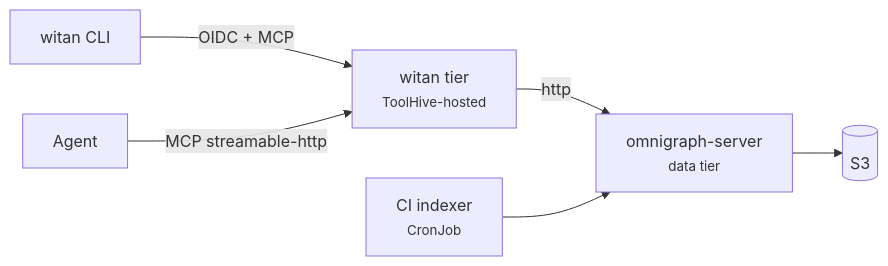
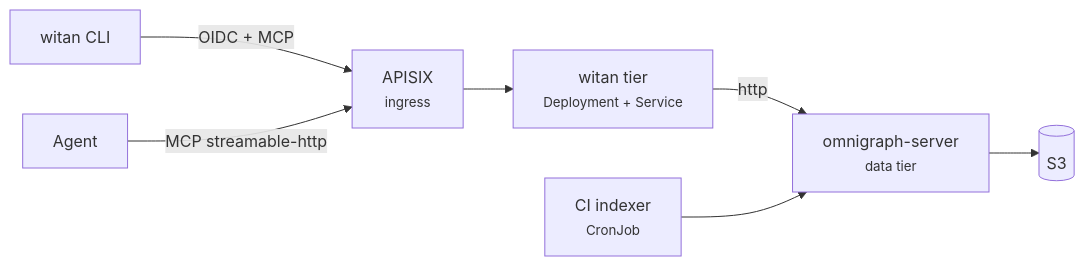
Before and after one commit to mitodl/agent-kit: the third of 3 diagrams in docs/explanation/architecture.md, drawn with Mermaid. The commit also changed 4 other files, not shown here.

````diff
--- a/docs/explanation/architecture.md
+++ b/docs/explanation/architecture.md
@@ -64,8 +64,9 @@
     ```mermaid
     flowchart LR
-        CLI["witan CLI"] -->|"OIDC + MCP"| W
-        AGT["Agent"] -->|"MCP streamable-http"| W
-        W["witan tier<br/><small>ToolHive-hosted</small>"] -->|"http"| O
+        CLI["witan CLI"] -->|"OIDC + MCP"| GW
+        AGT["Agent"] -->|"MCP streamable-http"| GW
+        GW["APISIX<br/><small>ingress</small>"] --> W
+        W["witan tier<br/><small>Deployment + Service</small>"] -->|"http"| O
         O["omnigraph-server<br/><small>data tier</small>"] --> S3[("S3")]
         CI["CI indexer<br/><small>CronJob</small>"] --> O
     ```
````
